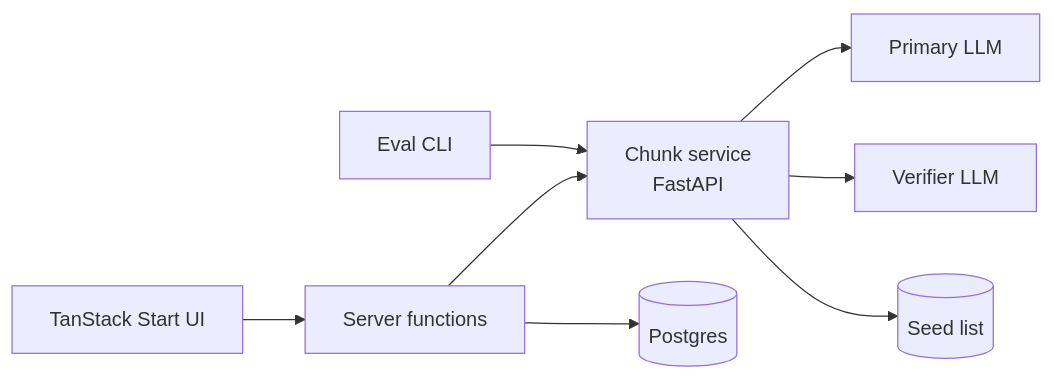
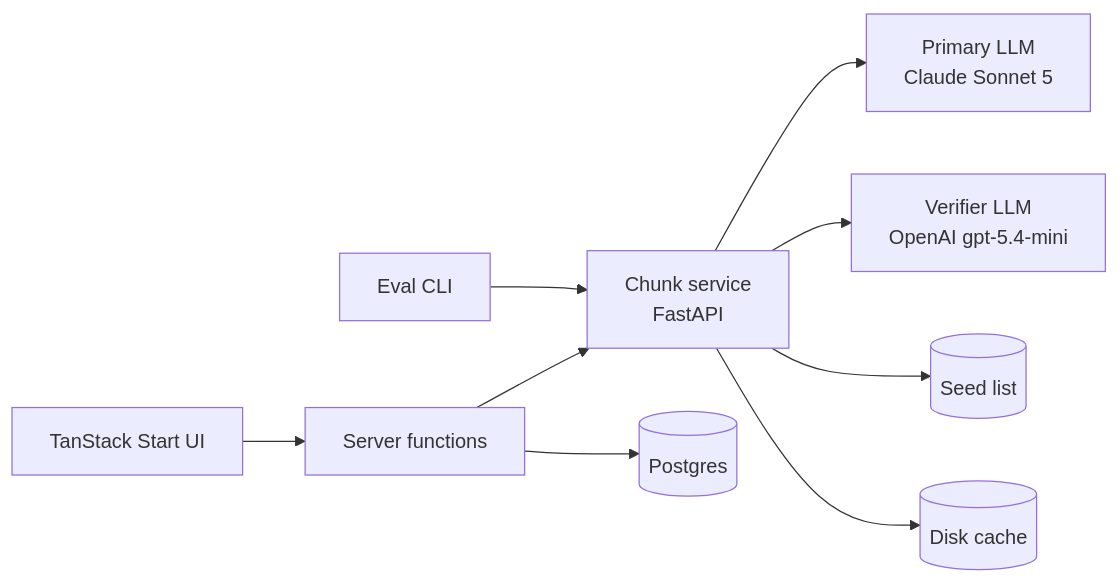
The diagram in docs/specs/ARCHITECTURE.md (adrianmoses/trozo), drawn with Mermaid before and after one commit. The commit also changed other lines of this file and 4 other files, not shown here.

First line of the commit message:
docs: refresh README, ARCHITECTURE and OVERVIEW after 003

````diff
--- a/docs/specs/ARCHITECTURE.md
+++ b/docs/specs/ARCHITECTURE.md
@@ -14,10 +15,11 @@
 ```mermaid
 flowchart LR
   UI[TanStack Start UI] --> SF[Server functions]
   SF --> API[Chunk service<br/>FastAPI]
-  API --> LLM1[Primary LLM]
-  API --> LLM2[Verifier LLM]
+  API --> LLM1[Primary LLM<br/>Claude Sonnet 5]
+  API --> LLM2[Verifier LLM<br/>OpenAI gpt-5.4-mini]
   API --> SEED[(Seed list)]
+  API --> CACHE[(Disk cache)]
   SF --> DB[(Postgres)]
   EV[Eval CLI] --> API
 ```
````
